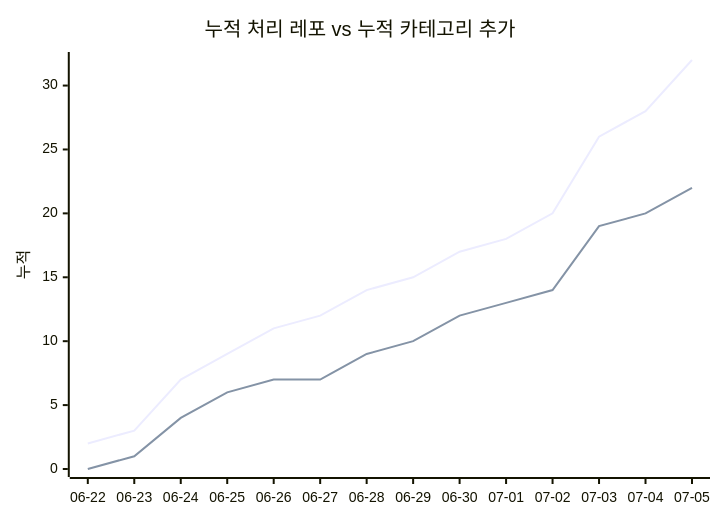
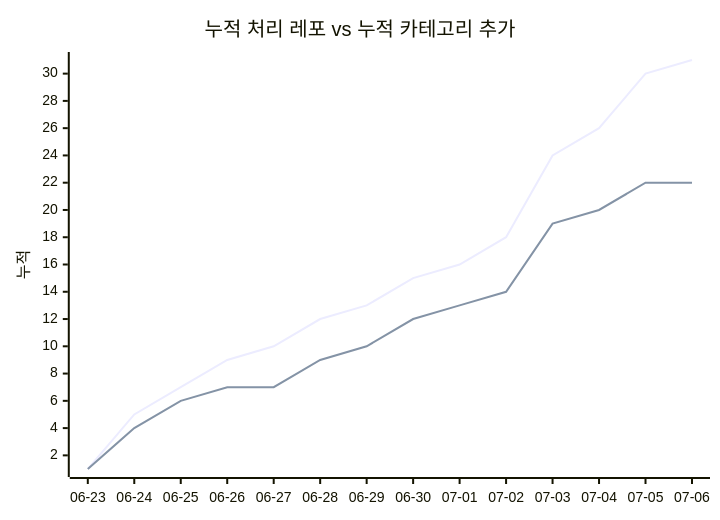
The second of 2 diagrams in docs/trends.md (J-nowcow/awesome-korean-agent-skills), drawn with Mermaid before and after one commit. The commit also changed other lines of this file and 27 other files, not shown here.

````diff
--- a/docs/trends.md
+++ b/docs/trends.md
@@ -68,8 +68,8 @@
 ```mermaid
 xychart-beta
     title "누적 처리 레포 vs 누적 카테고리 추가"
-    x-axis ["06-22","06-23","06-24","06-25","06-26","06-27","06-28","06-29","06-30","07-01","07-02","07-03","07-04","07-05"]
+    x-axis ["06-23","06-24","06-25","06-26","06-27","06-28","06-29","06-30","07-01","07-02","07-03","07-04","07-05","07-06"]
     y-axis "누적"
-    line [2,3,7,9,11,12,14,15,17,18,20,26,28,32]
-    line [0,1,4,6,7,7,9,10,12,13,14,19,20,22]
+    line [1,5,7,9,10,12,13,15,16,18,24,26,30,31]
+    line [1,4,6,7,7,9,10,12,13,14,19,20,22,22]
 ```
````
